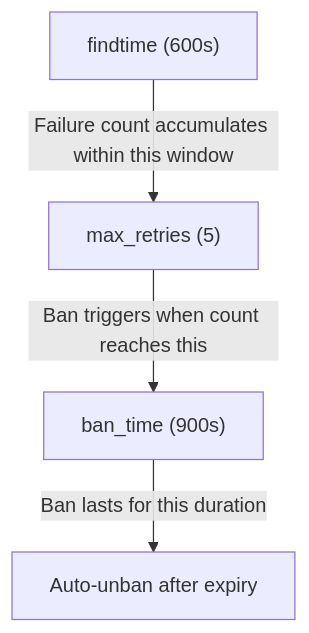
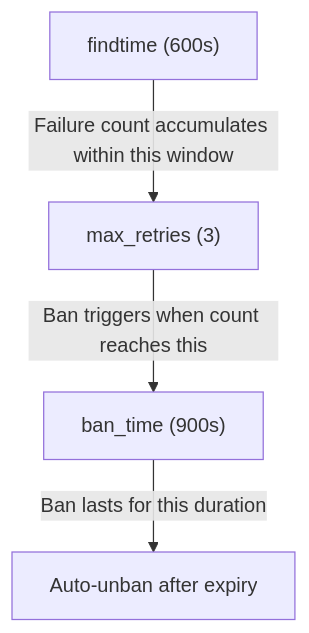
One commit to SnowCore8/linux-firewall-kmod changed the first of 2 diagrams in docs/en/configuration/yaml-config.md. Above: the diagram before and after it, drawn with Mermaid. The commit also changed other lines of this file and 29 other files, not shown here.

````diff
--- a/docs/en/configuration/yaml-config.md
+++ b/docs/en/configuration/yaml-config.md
@@ -55,6 +55,6 @@
 ```mermaid
 graph TB
-    A["findtime (600s)"] -->|"Failure count accumulates within this window"| B["max_retries (5)"]
+    A["findtime (600s)"] -->|"Failure count accumulates within this window"| B["max_retries (3)"]
     B -->|"Ban triggers when count reaches this"| C["ban_time (900s)"]
     C -->|"Ban lasts for this duration"| D["Auto-unban after expiry"]
 ```
````
